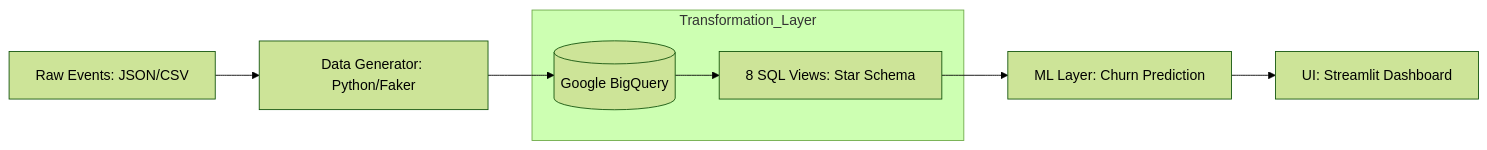
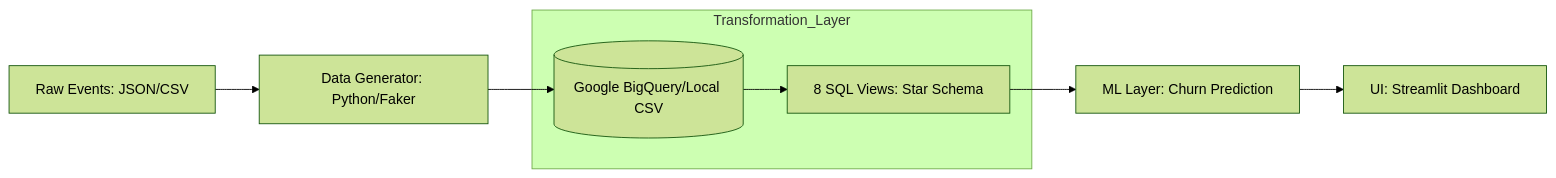
One commit to kina2711/game-analytics changed the first of 3 diagrams in README.md. Above: the diagram before and after it, drawn with Mermaid (forest theme). The commit also changed other lines of this file, not shown here.

````diff
--- a/README.md
+++ b/README.md
@@ -11,11 +55,11 @@
 ```mermaid
 graph LR
     A[Raw Events: JSON/CSV] --> B[Data Generator: Python/Faker]
-    B --> C[(Google BigQuery)]
+    B --> C[(Google BigQuery/Local CSV)]
     subgraph Transformation_Layer
     C --> D[8 SQL Views: Star Schema]
     end
     D --> E[ML Layer: Churn Prediction]
     E --> F[UI: Streamlit Dashboard]
 
 ```
````
